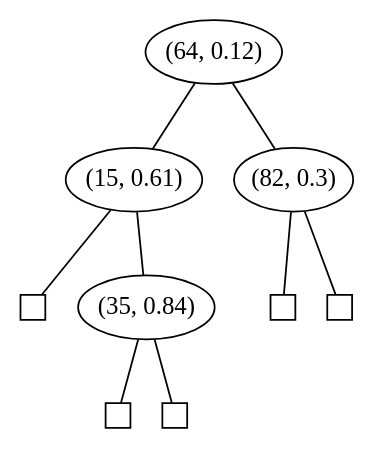
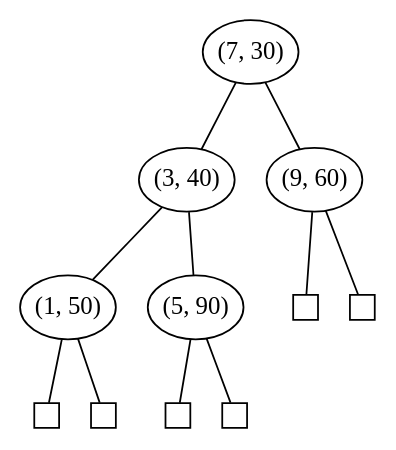
Before and after one commit to tnacho-23/CC1002-CC3001: the diagram in CC3001/Tareas/lista.gv, drawn with Graphviz. The commit also changed 2 other files, not shown here.

```diff
--- a/CC3001/Tareas/lista.gv
+++ b/CC3001/Tareas/lista.gv
@@ -1,1 +1,1 @@
-graph "Arbol" { rankdir=TB;  null0[pos="-2.3333333333333335,-1.2!" shape=square label="" width="0.2"] "node1"[pos="-1.8666666666666667,-0.6!" label="(15, 0.61)" shape=oval margin=0]  null1[pos="-1.4000000000000001,-1.7999999999999998!" shape=square label="" width="0.2"] "node0"[pos="-0.9333333333333335,-1.2!" label="(35, 0.84)" shape=oval margin=0]  null2[pos="-0.4666666666666668,-1.7999999999999998!" shape=square label="" width="0.2"] "node3"[pos="0.0,0.0!" label="(64, 0.12)" shape=oval margin=0]  null3[pos="0.4666666666666666,-1.2!" shape=square label="" width="0.2"] "node2"[pos="0.9333333333333332,-0.6!" label="(82, 0.3)" shape=oval margin=0]  null4[pos="1.4,-1.2!" shape=square label="" width="0.2"]  node[shape=oval]  node3--node1 node1--null0  node1--node0 node0--null1  node0--null2    node3--node2 node2--null3  node2--null4   }
+graph "Arbol" { rankdir=TB;  null0[pos="-3.2666666666666666,-1.7999999999999998!" shape=square label="" width="0.2"] "node0"[pos="-2.8,-1.2!" label="(1, 50)" shape=oval margin=0]  null1[pos="-2.3333333333333335,-1.7999999999999998!" shape=square label="" width="0.2"] "node2"[pos="-1.8666666666666667,-0.6!" label="(3, 40)" shape=oval margin=0]  null2[pos="-1.4000000000000001,-1.7999999999999998!" shape=square label="" width="0.2"] "node1"[pos="-0.9333333333333335,-1.2!" label="(5, 90)" shape=oval margin=0]  null3[pos="-0.4666666666666668,-1.7999999999999998!" shape=square label="" width="0.2"] "node4"[pos="0.0,0.0!" label="(7, 30)" shape=oval margin=0]  null4[pos="0.4666666666666666,-1.2!" shape=square label="" width="0.2"] "node3"[pos="0.9333333333333332,-0.6!" label="(9, 60)" shape=oval margin=0]  null5[pos="1.4,-1.2!" shape=square label="" width="0.2"]  node[shape=oval]  node4--node2 node2--node0 node0--null0  node0--null1   node2--node1 node1--null2  node1--null3    node4--node3 node3--null4  node3--null5   }
```
